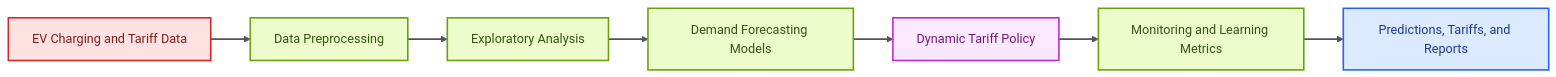
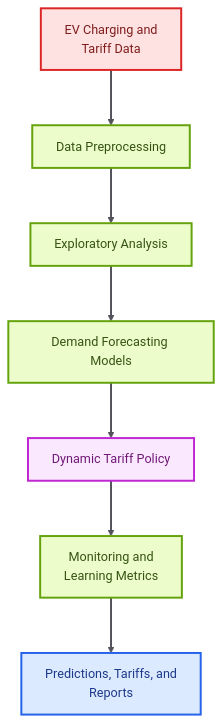
Before and after one commit to sakshamojha56/Agentic-AI-Based-Dynamic-Tariff-Optimization-for-EV-Charging-Networks: the diagram in README.md, drawn with Mermaid.

Commit message:
Make README architecture diagram vertical

````diff
--- a/README.md
+++ b/README.md
@@ -31,20 +31,21 @@
 ```mermaid
-flowchart LR
-  Data["EV Charging and Tariff Data"] --> Preprocess["Data Preprocessing"]
+%%{init: {"flowchart": {"nodeSpacing": 55, "rankSpacing": 70, "curve": "basis"}, "themeVariables": {"fontSize": "16px", "fontFamily": "Inter, ui-sans-serif, system-ui, -apple-system, BlinkMacSystemFont, Segoe UI, sans-serif"}}}%%
+flowchart TD
+  Data["EV Charging and<br/>Tariff Data"] --> Preprocess["Data Preprocessing"]
   Preprocess --> EDA["Exploratory Analysis"]
   EDA --> Demand["Demand Forecasting Models"]
   Demand --> Pricing["Dynamic Tariff Policy"]
-  Pricing --> Monitor["Monitoring and Learning Metrics"]
-  Monitor --> Results["Predictions, Tariffs, and Reports"]
+  Pricing --> Monitor["Monitoring and<br/>Learning Metrics"]
+  Monitor --> Results["Predictions, Tariffs, and<br/>Reports"]
 
-  classDef inputs fill:#FEE2E2,stroke:#DC2626,color:#7F1D1D,stroke-width:2px;
-  classDef process fill:#ECFCCB,stroke:#65A30D,color:#365314,stroke-width:2px;
-  classDef data fill:#DBEAFE,stroke:#2563EB,color:#1E3A8A,stroke-width:2px;
-  classDef agent fill:#FAE8FF,stroke:#C026D3,color:#701A75,stroke-width:2px;
-  classDef output fill:#DCFCE7,stroke:#16A34A,color:#14532D,stroke-width:2px;
+  classDef inputs fill:#FEE2E2,stroke:#DC2626,color:#7F1D1D,stroke-width:2.5px;
+  classDef process fill:#ECFCCB,stroke:#65A30D,color:#365314,stroke-width:2.5px;
+  classDef data fill:#DBEAFE,stroke:#2563EB,color:#1E3A8A,stroke-width:2.5px;
+  classDef agent fill:#FAE8FF,stroke:#C026D3,color:#701A75,stroke-width:2.5px;
+  classDef output fill:#DCFCE7,stroke:#16A34A,color:#14532D,stroke-width:2.5px;
   class Data inputs;
   class Preprocess,EDA,Demand,Monitor process;
   class Results data;
   class Pricing agent;
-  linkStyle default stroke:#52525B,stroke-width:2px;
+  linkStyle default stroke:#52525B,stroke-width:2.5px;
 ```
````
